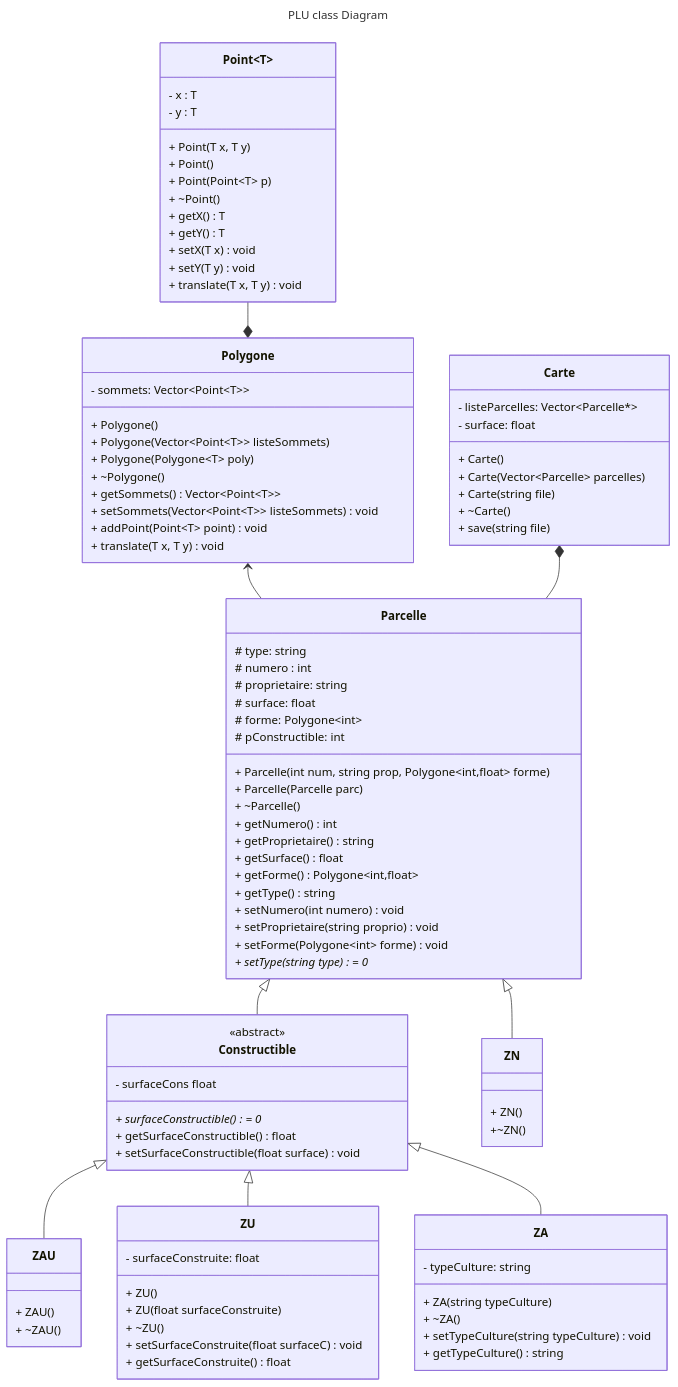
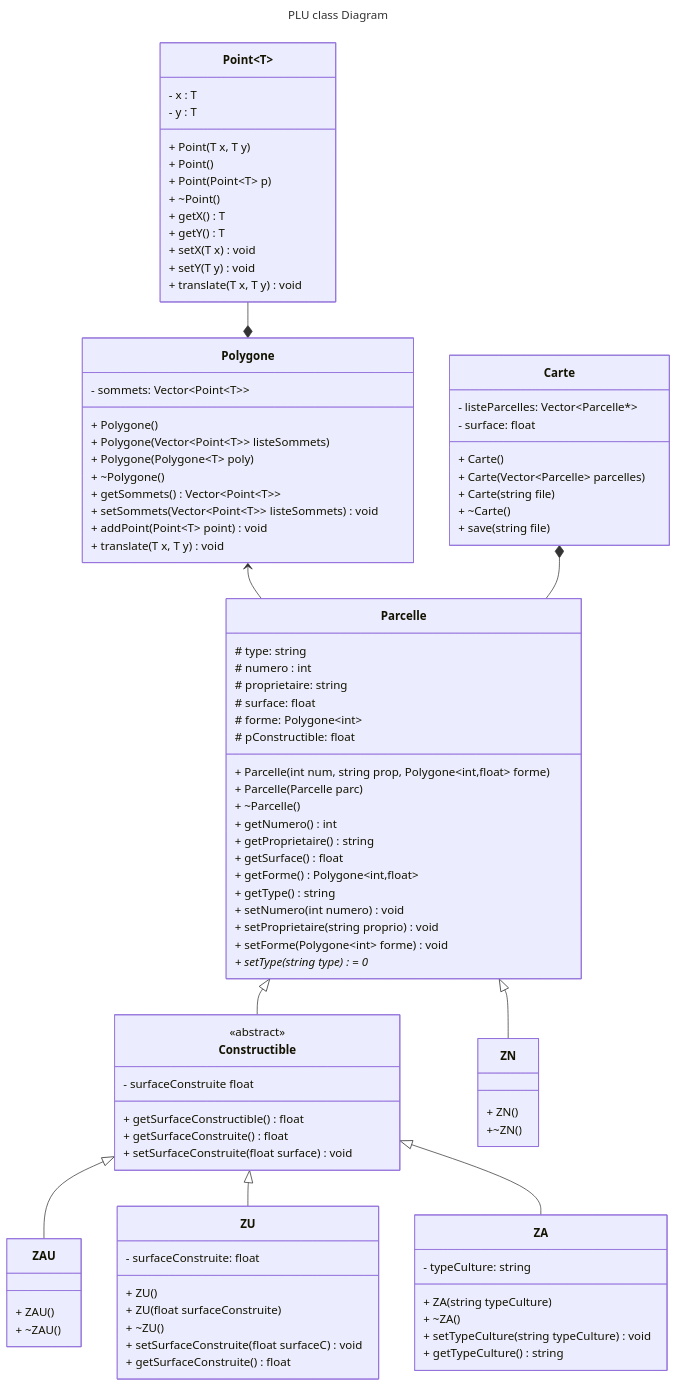
Before and after one commit to ECN-SEC-SMP/tp4-not-euge_anna_jack_nath: the diagram in README.md, drawn with Mermaid. The commit also changed other lines of this file, not shown here.

```diff
--- a/README.md
+++ b/README.md
@@ -102,7 +102,7 @@
         # proprietaire: string
         # surface: float
         # forme: Polygone~int~
-        # pConstructible: int
+        # pConstructible: float
         + Parcelle(int num, string prop, Polygone~int,float~ forme)
         + Parcelle(Parcelle parc)
         + ~Parcelle()
@@ -127,10 +127,10 @@
     }
     class Constructible {
         <<abstract>>
-        - surfaceCons float
-        + surfaceConstructible() = 0*
+        - surfaceConstruite float
         + getSurfaceConstructible() float
-        + setSurfaceConstructible(float surface) void
+        + getSurfaceConstruite() float
+        + setSurfaceConstruite(float surface) void
     }
     class ZN {
         + ZN()
```
